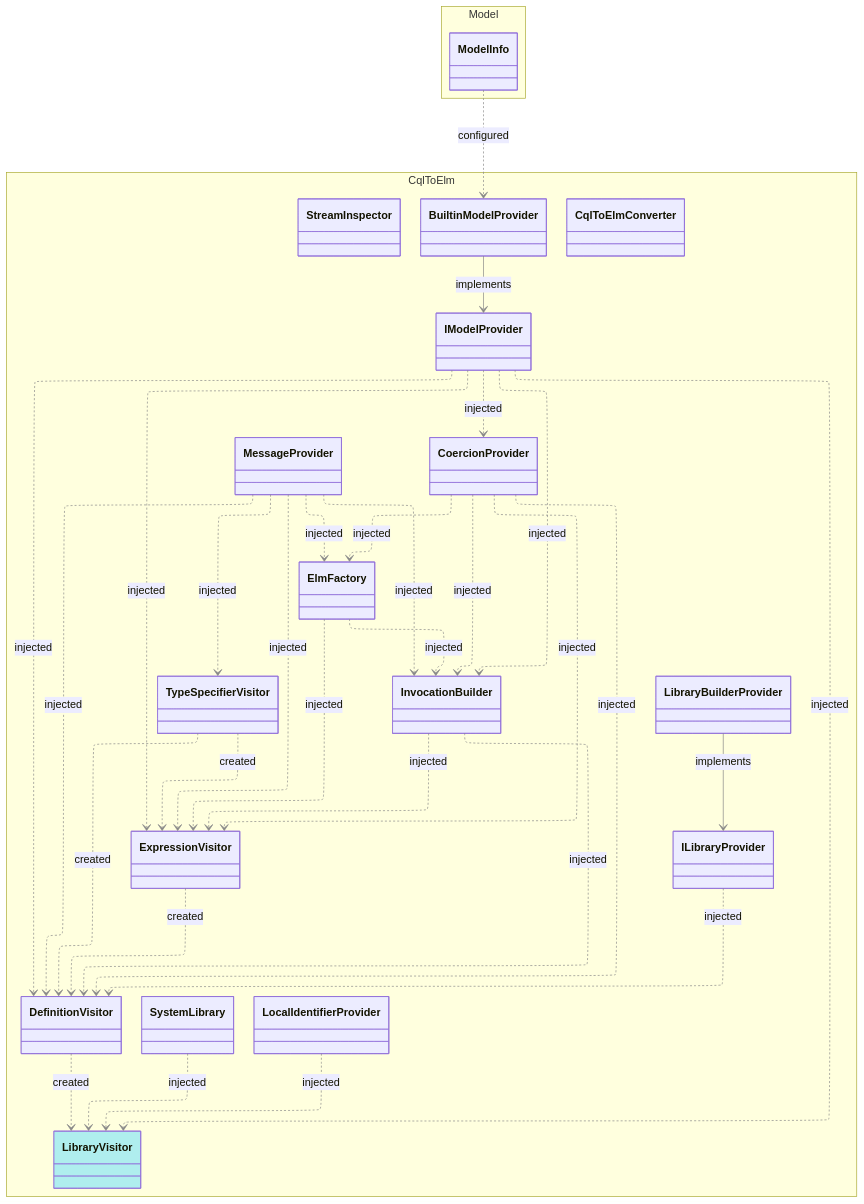
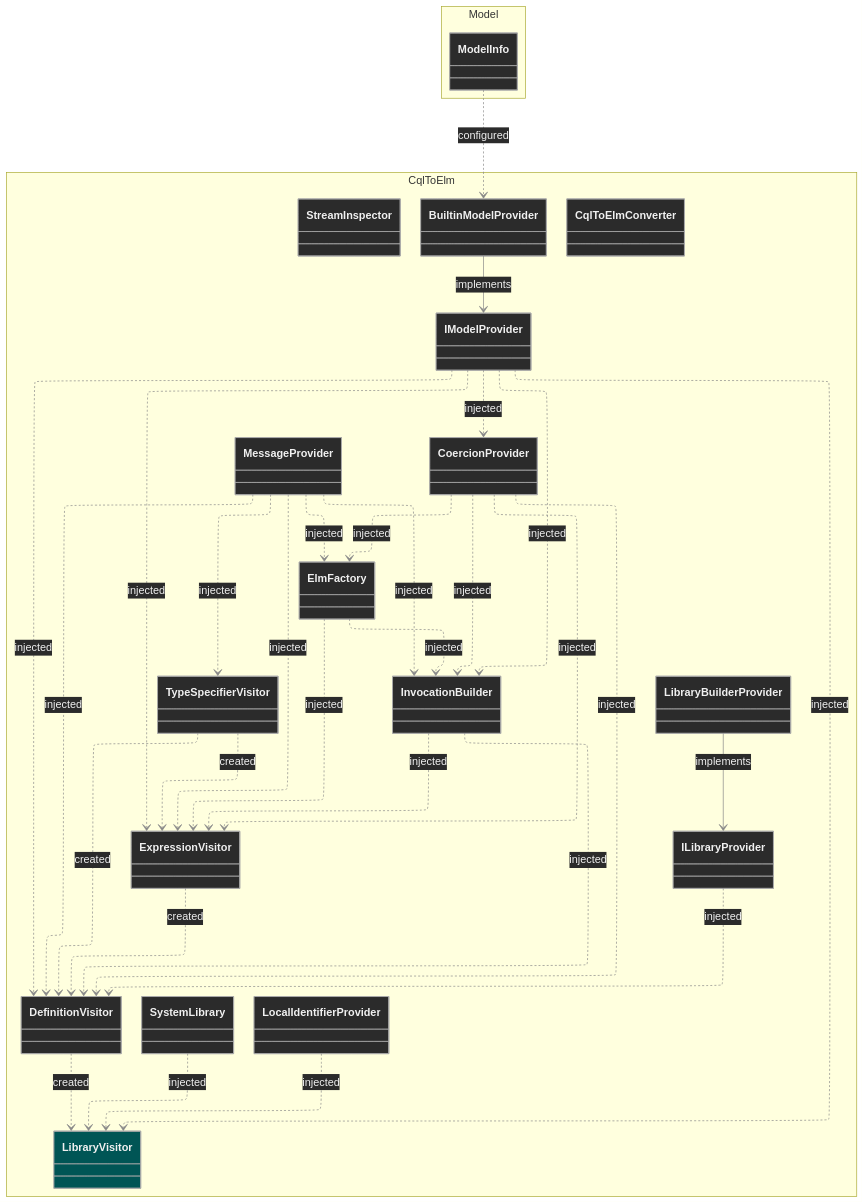
One commit to FirelyTeam/firely-cql-sdk changed the diagram in docs/diagrams/dependency-diagrams.cql-toolkit-services.mmd. Above: the diagram before and after it, drawn with Mermaid. The commit also changed 6 other files, not shown here.

First line of the commit message:
Give diagram vertices a dark fill and make edge labels transparent

```diff
--- a/docs/diagrams/dependency-diagrams.cql-toolkit-services.mmd
+++ b/docs/diagrams/dependency-diagrams.cql-toolkit-services.mmd
@@ -1,78 +1,83 @@
 %%{init: {
     'layout': 'elk',
     'themeVariables':{
       'lineColor': '#888',
-      'lineWidth': 4
-}}}%%
+      'lineWidth': 4,
+      'mainBkg': '#2b2b2b',
+      'classText': '#f0f0f0',
+      'nodeBorder': '#aaaaaa'
+    },
+    'themeCSS': '.labelBkg { background: transparent !important; } .edgeLabel .label rect { fill: transparent !important; } .edgeLabel .label span { background: transparent !important; } .edgeLabel, .edgeLabel p { color: #333 !important; }'
+}}%%
 
 classDiagram
 
     direction TB
 
     namespace CqlToElm {
         class CqlToElmConverter { }
         class LibraryBuilderProvider { }
         class LibraryVisitor { }
         class DefinitionVisitor { }
         class ExpressionVisitor { }
         class TypeSpecifierVisitor { }
         class ILibraryProvider { }
         class IModelProvider { }
         class CoercionProvider { }
         class ElmFactory { }
         class SystemLibrary { }
         class StreamInspector { }
         class InvocationBuilder { }
         class LocalIdentifierProvider { }
         class MessageProvider { }
         class BuiltinModelProvider { }
     }
 
     namespace Model {
         class ModelInfo { }
     }
 
     %% Style Scoped Types as Cyan
-    style LibraryVisitor fill:#AFEEEE
+    style LibraryVisitor fill:#055
 
     %% Inheritance / implements
     BuiltinModelProvider --> IModelProvider : implements
     LibraryBuilderProvider --> ILibraryProvider : implements
 
     %% Dependencies (injected)                                                 
     SystemLibrary ..> LibraryVisitor : injected
     IModelProvider ..> LibraryVisitor : injected
     LocalIdentifierProvider ..> LibraryVisitor : injected
 
     IModelProvider ..> DefinitionVisitor : injected
     ILibraryProvider ..> DefinitionVisitor : injected
     CoercionProvider ..> DefinitionVisitor : injected
     MessageProvider ..> DefinitionVisitor : injected
     InvocationBuilder ..> DefinitionVisitor : injected
 
     IModelProvider ..> ExpressionVisitor : injected
     CoercionProvider ..> ExpressionVisitor : injected
     ElmFactory ..> ExpressionVisitor : injected
     MessageProvider ..> ExpressionVisitor : injected
     InvocationBuilder ..> ExpressionVisitor : injected
 
     MessageProvider ..> TypeSpecifierVisitor : injected
 
     IModelProvider ..> InvocationBuilder : injected
     CoercionProvider ..> InvocationBuilder : injected
     ElmFactory ..> InvocationBuilder : injected
     MessageProvider ..> InvocationBuilder : injected
 
     IModelProvider ..> CoercionProvider : injected
 
     CoercionProvider ..> ElmFactory : injected
     MessageProvider ..> ElmFactory : injected
 
     %% Dependencies (factory-created per LibraryBuilder)
     DefinitionVisitor ..> LibraryVisitor : created
     ExpressionVisitor ..> DefinitionVisitor : created
     TypeSpecifierVisitor ..> DefinitionVisitor : created
     TypeSpecifierVisitor ..> ExpressionVisitor : created
 
     %% Configuration
     ModelInfo ..> BuiltinModelProvider : configured
```
